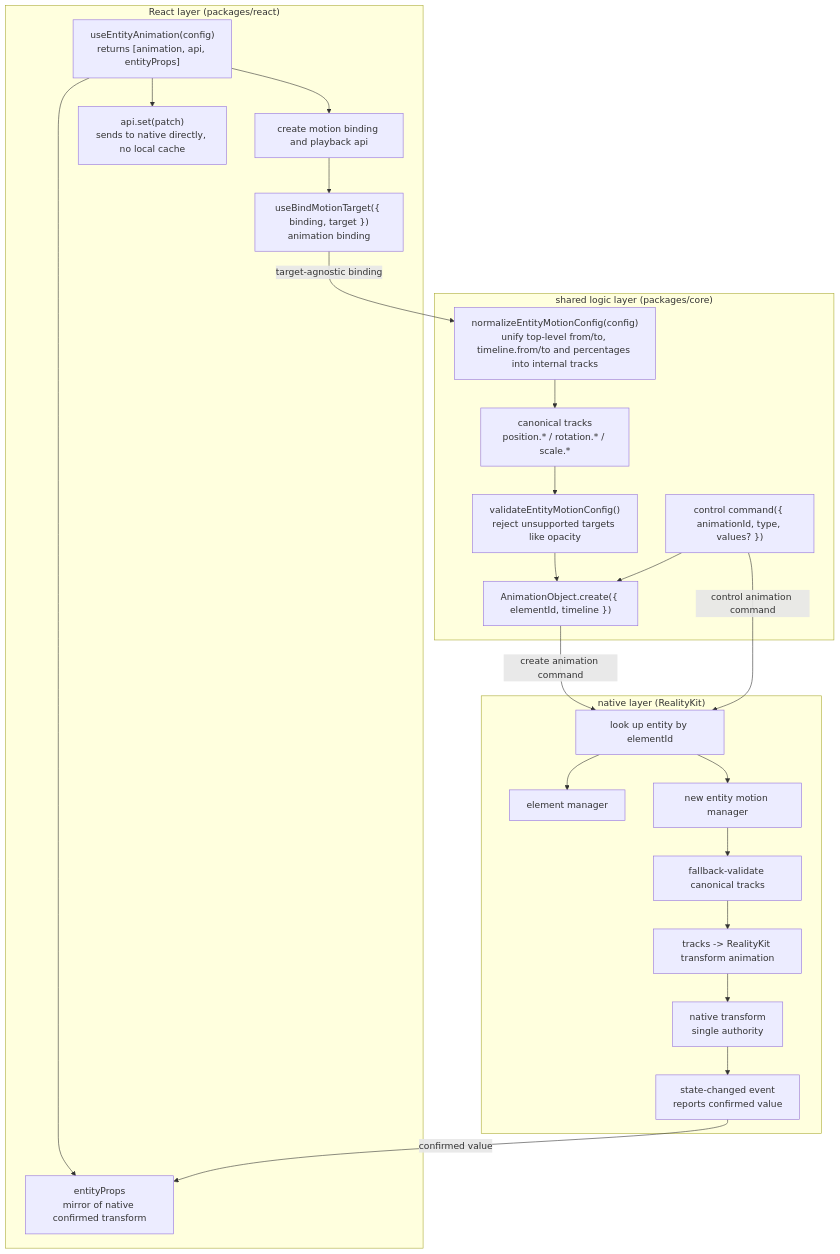
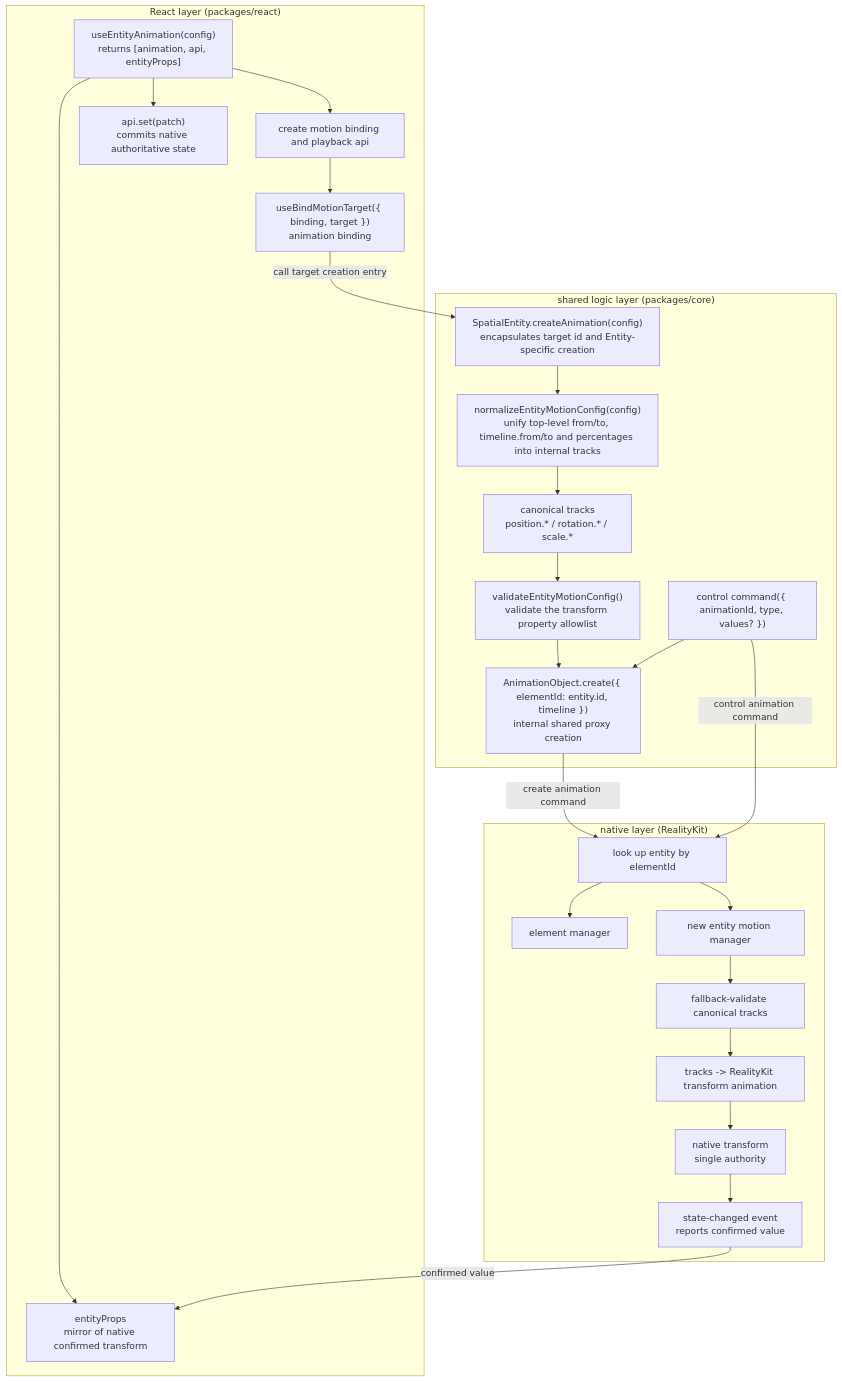
Before and after one commit to webspatial/webspatial-sdk: the first of 14 diagrams in openspec/changes/redesign-entity-motion-api/design.md, drawn with Mermaid. The commit also changed other lines of this file and 3 other files, not shown here.

Commit message:
update spec structure and diagram

````diff
--- a/openspec/changes/redesign-entity-motion-api/design.md
+++ b/openspec/changes/redesign-entity-motion-api/design.md
@@ -113,50 +113,52 @@
 ```mermaid
 flowchart TB
     subgraph React["React layer (packages/react)"]
         UseEntity["useEntityAnimation(config)<br/>returns [animation, api, entityProps]"]
         ReactBinding["create motion binding and playback api"]
         EntityProps["entityProps<br/>mirror of native confirmed transform"]
-        ApiSet["api.set(patch)<br/>sends to native directly, no local cache"]
+        ApiSet["api.set(patch)<br/>commits native authoritative state"]
         BindTarget["useBindMotionTarget({ binding, target })<br/>animation binding"]
 
         UseEntity --> ReactBinding
         UseEntity --> EntityProps
         UseEntity --> ApiSet
         ReactBinding --> BindTarget
     end
 
     subgraph Core["shared logic layer (packages/core)"]
+        EntityCreate["SpatialEntity.createAnimation(config)<br/>encapsulates target id and Entity-specific creation"]
         Normalize["normalizeEntityMotionConfig(config)<br/>unify top-level from/to, timeline.from/to and percentages into internal tracks"]
         Tracks["canonical tracks<br/>position.* / rotation.* / scale.*"]
-        Validate["validateEntityMotionConfig()<br/>reject unsupported targets like opacity"]
-        CreateObject["AnimationObject.create({ elementId, timeline })"]
+        Validate["validateEntityMotionConfig()<br/>validate the transform property allowlist"]
+        CreateObject["AnimationObject.create({ elementId: entity.id, timeline })<br/>internal shared proxy creation"]
         ControlObject["control command({ animationId, type, values? })"]
 
+        EntityCreate --> Normalize
         Normalize --> Tracks
         Tracks --> Validate
         Validate --> CreateObject
         ControlObject --> CreateObject
     end
 
     subgraph Native["native layer (RealityKit)"]
         Resolve["look up entity by elementId"]
         ElementAdapter["element manager"]
         EntityManager["new entity motion manager"]
         NativeValidate["fallback-validate canonical tracks"]
         Compile["tracks -> RealityKit transform animation"]
         Authority["native transform<br/>single authority"]
         Event["state-changed event<br/>reports confirmed value"]
 
         Resolve --> ElementAdapter
         Resolve --> EntityManager
         EntityManager --> NativeValidate
         NativeValidate --> Compile
         Compile --> Authority
         Authority --> Event
     end
 
-    BindTarget -->|"target-agnostic binding"| Normalize
+    BindTarget -->|"call target creation entry"| EntityCreate
     CreateObject -->|"create animation command"| Resolve
     ControlObject -->|"control animation command"| Resolve
     Event -->|"confirmed value"| EntityProps
 ```
````
